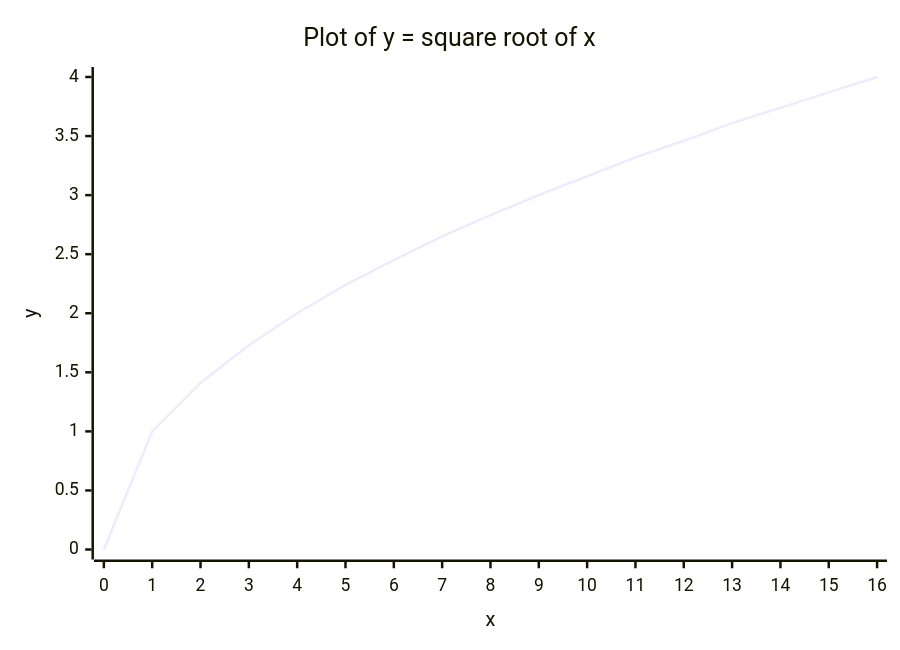
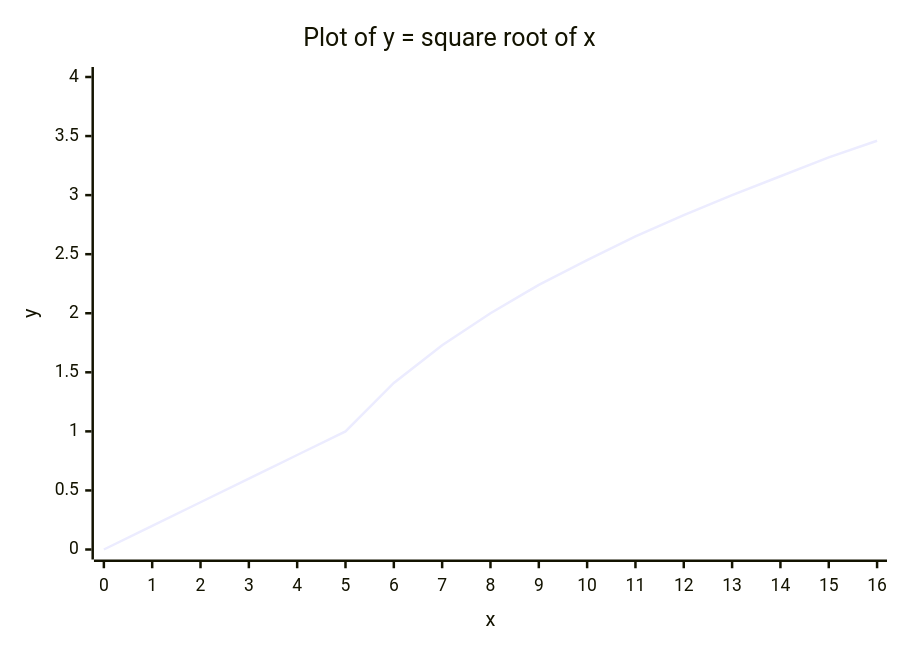
Before and after one commit to wayne-whitley/simple-initial-repository: the diagram in README.md, drawn with Mermaid.

````diff
--- a/README.md
+++ b/README.md
@@ -7,7 +7,7 @@
 ```mermaid
 xychart-beta
     title "Plot of y = square root of x"
     x-axis "x" [0, 1, 2, 3, 4, 5, 6, 7, 8, 9, 10, 11, 12, 13, 14, 15, 16]
     y-axis "y" 0 --> 4
-    line [0.0, 1.0, 1.41, 1.73, 2.0, 2.24, 2.45, 2.65, 2.83, 3.0, 3.16, 3.32, 3.46, 3.61, 3.74, 3.87, 4.0]
+    line [0.0, 0.2, 0.4, 0.6, 0.8, 1.0, 1.41, 1.73, 2.0, 2.24, 2.45, 2.65, 2.83, 3.0, 3.16, 3.32, 3.46, 3.61, 3.74, 3.87, 4.0]
 ```
````
